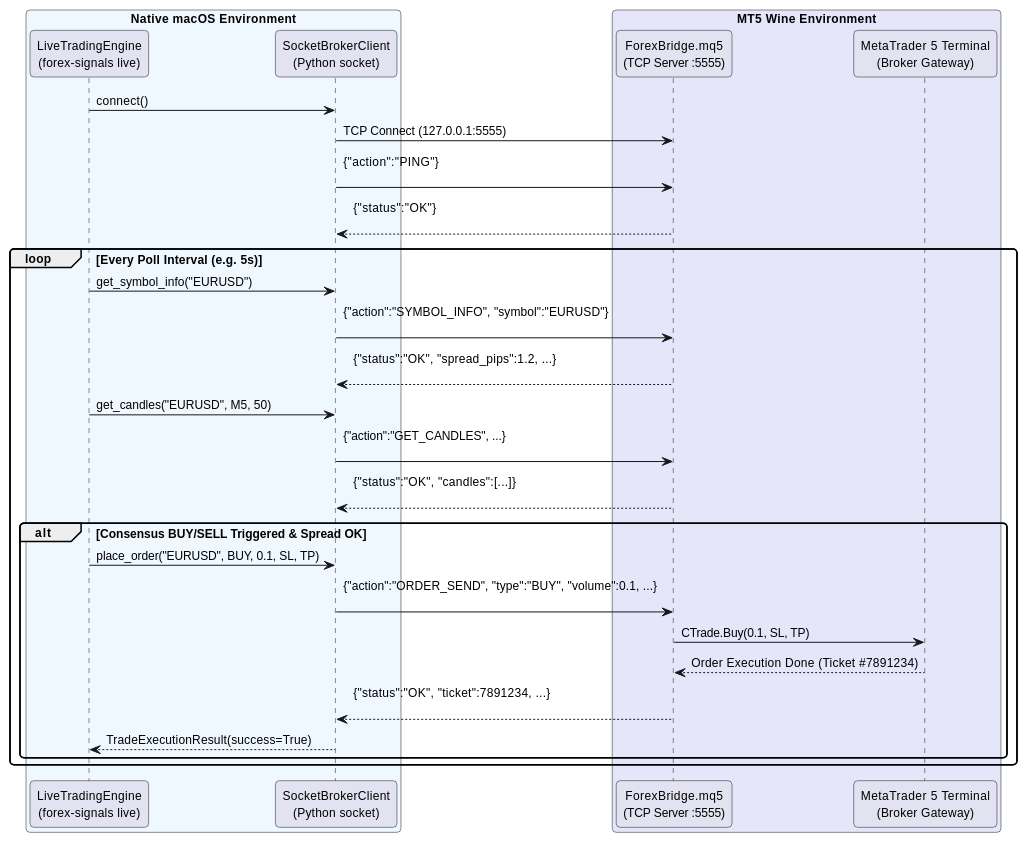
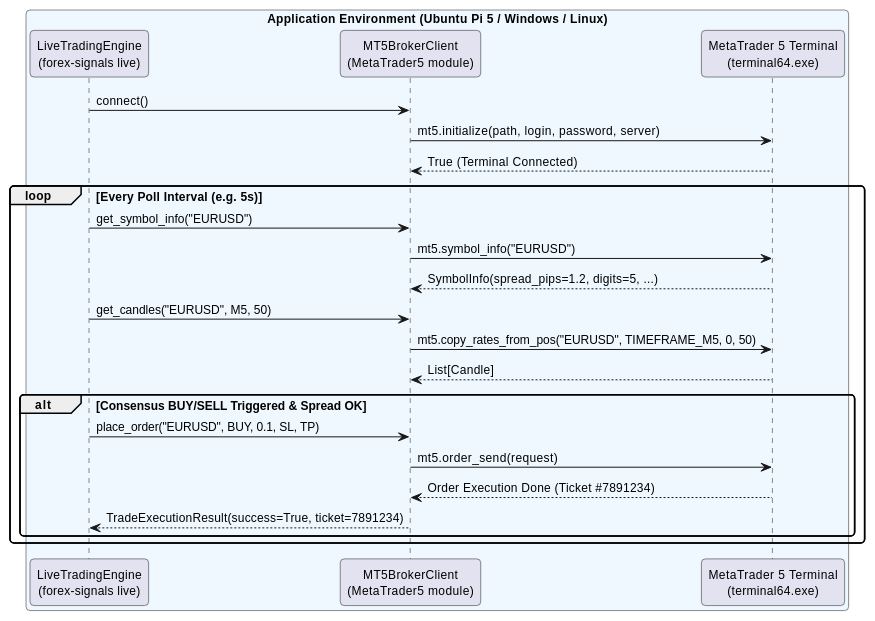
One commit to PhanCuong91/trading changed the second of 2 diagrams in README.md. Above: the diagram before and after it, drawn with PlantUML. The commit also changed other lines of this file and 16 other files, not shown here.

First line of the commit message:
Refactor MT5 integration: Replace SocketBrokerClient with MT5BrokerClient

````diff
--- a/README.md
+++ b/README.md
@@ -302,42 +306,35 @@
 ```plantuml
 @startuml
 skinparam roundcorner 8
 skinparam shadowing false
 skinparam defaultFontName Helvetica
 skinparam defaultFontSize 12
 
-box "Native macOS Environment" #AliceBlue
+box "Application Environment (Ubuntu Pi 5 / Windows / Linux)" #AliceBlue
   participant "LiveTradingEngine\n(forex-signals live)" as Engine
-  participant "SocketBrokerClient\n(Python socket)" as Client
-end box
-
-box "MT5 Wine Environment" #Lavender
-  participant "ForexBridge.mq5\n(TCP Server :5555)" as EA
-  participant "MetaTrader 5 Terminal\n(Broker Gateway)" as MT5
+  participant "MT5BrokerClient\n(MetaTrader5 module)" as Client
+  participant "MetaTrader 5 Terminal\n(terminal64.exe)" as MT5
 end box
 
 Engine -> Client: connect()
-Client -> EA: TCP Connect (127.0.0.1:5555)
-Client -> EA: {"action":"PING"}\n
-EA --> Client: {"status":"OK"}\n
+Client -> MT5: mt5.initialize(path, login, password, server)
+MT5 --> Client: True (Terminal Connected)
 
 loop Every Poll Interval (e.g. 5s)
   Engine -> Client: get_symbol_info("EURUSD")
-  Client -> EA: {"action":"SYMBOL_INFO", "symbol":"EURUSD"}\n
-  EA --> Client: {"status":"OK", "spread_pips":1.2, ...}\n
+  Client -> MT5: mt5.symbol_info("EURUSD")
+  MT5 --> Client: SymbolInfo(spread_pips=1.2, digits=5, ...)
 
   Engine -> Client: get_candles("EURUSD", M5, 50)
-  Client -> EA: {"action":"GET_CANDLES", ...}\n
-  EA --> Client: {"status":"OK", "candles":[...]}\n
+  Client -> MT5: mt5.copy_rates_from_pos("EURUSD", TIMEFRAME_M5, 0, 50)
+  MT5 --> Client: List[Candle]
 
   alt Consensus BUY/SELL Triggered & Spread OK
     Engine -> Client: place_order("EURUSD", BUY, 0.1, SL, TP)
-    Client -> EA: {"action":"ORDER_SEND", "type":"BUY", "volume":0.1, ...}\n
-    EA -> MT5: CTrade.Buy(0.1, SL, TP)
-    MT5 --> EA: Order Execution Done (Ticket #7891234)
-    EA --> Client: {"status":"OK", "ticket":7891234, ...}\n
-    Client --> Engine: TradeExecutionResult(success=True)
+    Client -> MT5: mt5.order_send(request)
+    MT5 --> Client: Order Execution Done (Ticket #7891234)
+    Client --> Engine: TradeExecutionResult(success=True, ticket=7891234)
   end
 end
 @enduml
 ```
````
